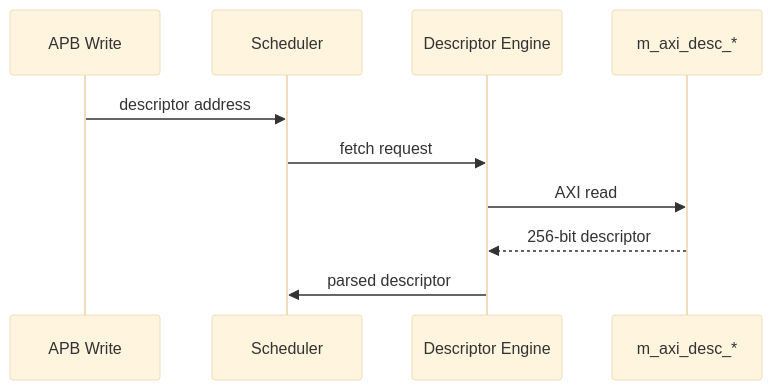
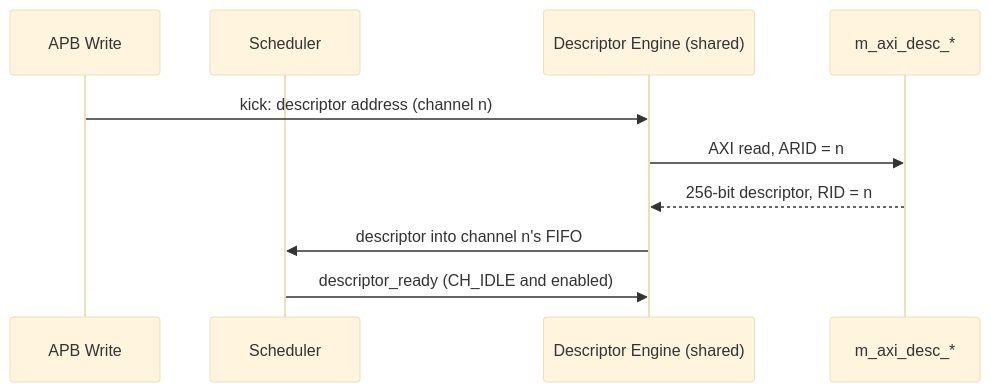
Before and after one commit to sean-galloway/RTLDesignSherpa: the first of 2 diagrams in projects/components/dma-ip/stream/docs/stream_mas/ch02_blocks/01_stream_core.md, drawn with Mermaid (base theme). The commit also changed other lines of this file and 49 other files, not shown here.

First line of the commit message:
docs(stream): HAS v0.96 / MAS v0.98 -- shared descriptor engine, 16 channels, RTL fixes

````diff
--- a/projects/components/dma-ip/stream/docs/stream_mas/ch02_blocks/01_stream_core.md
+++ b/projects/components/dma-ip/stream/docs/stream_mas/ch02_blocks/01_stream_core.md
@@ -101,13 +102,13 @@
 ```mermaid
 sequenceDiagram
     participant APB as APB Write
     participant SCHED as Scheduler
-    participant DESC as Descriptor Engine
+    participant DESC as Descriptor Engine (shared)
     participant MEM as m_axi_desc_*
 
-    APB->>SCHED: descriptor address
-    SCHED->>DESC: fetch request
-    DESC->>MEM: AXI read
-    MEM-->>DESC: 256-bit descriptor
-    DESC->>SCHED: parsed descriptor
+    APB->>DESC: kick: descriptor address (channel n)
+    DESC->>MEM: AXI read, ARID = n
+    MEM-->>DESC: 256-bit descriptor, RID = n
+    DESC->>SCHED: descriptor into channel n's FIFO
+    SCHED->>DESC: descriptor_ready (CH_IDLE and enabled)
 ```
````
